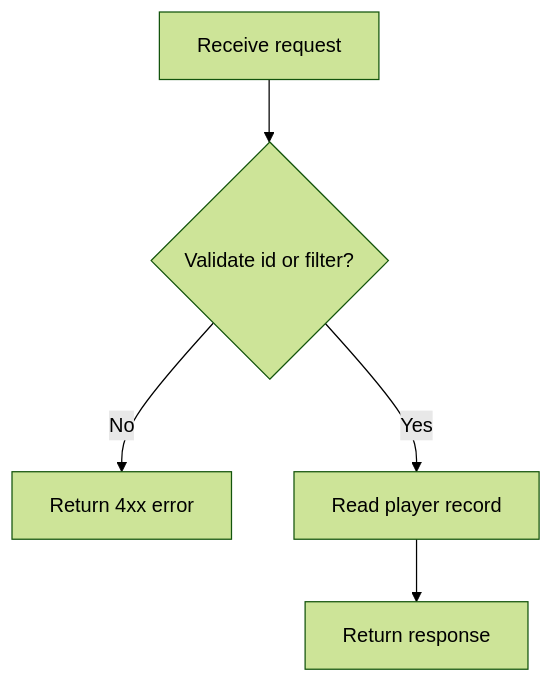
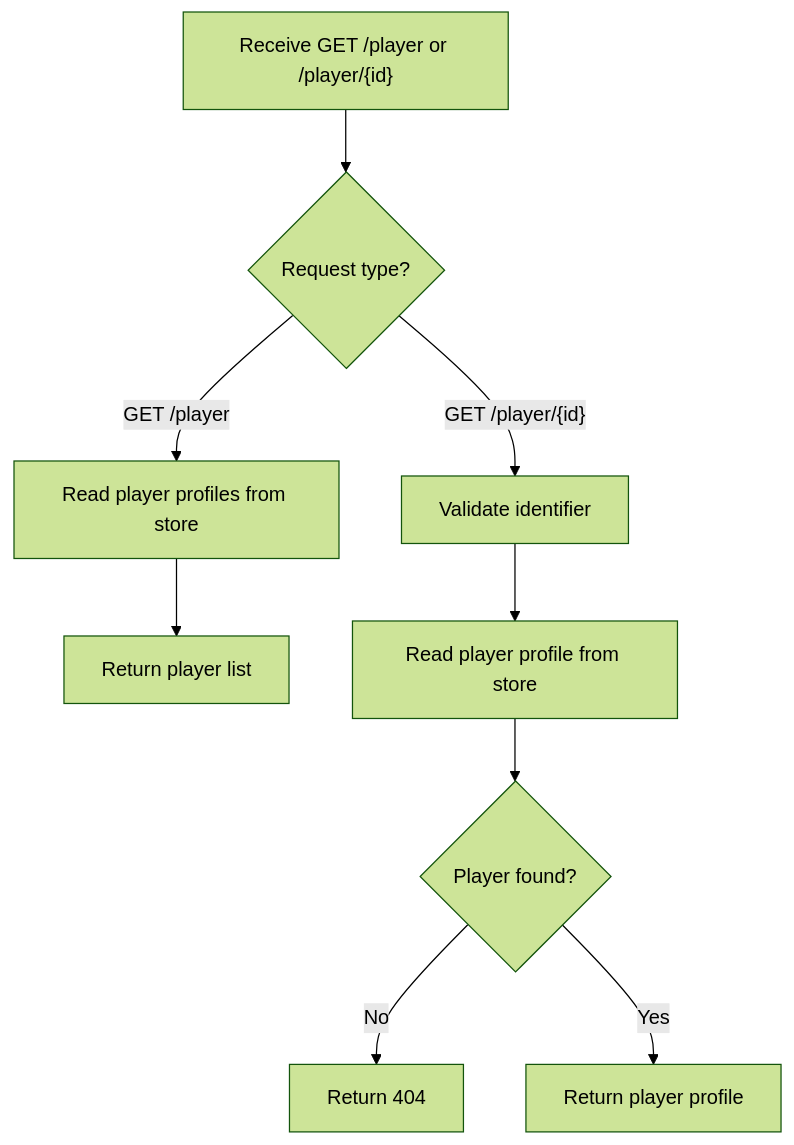
Before and after one commit to dpbL5/glicko2-matchmaking-system: the third of 7 diagrams in docs/analysis-and-design.md, drawn with Mermaid (forest theme). The commit also changed other lines of this file and 1 other file, not shown here.

````diff
--- a/docs/analysis-and-design.md
+++ b/docs/analysis-and-design.md
@@ -309,7 +302,11 @@
 ```mermaid
 flowchart TD
-    A[Receive request] --> B{Validate id or filter?}
-    B -->|No| C[Return 4xx error]
-    B -->|Yes| D[Read player record]
-    D --> E[Return response]
+    A["Receive GET /player or /player/{id}"] --> B{Request type?}
+    B -->|GET /player| C[Read player profiles from store]
+    C --> D[Return player list]
+    B -->|"GET /player/{id}"| E[Validate identifier]
+    E --> F[Read player profile from store]
+    F --> G{Player found?}
+    G -->|No| H[Return 404]
+    G -->|Yes| I[Return player profile]
 ```
````
